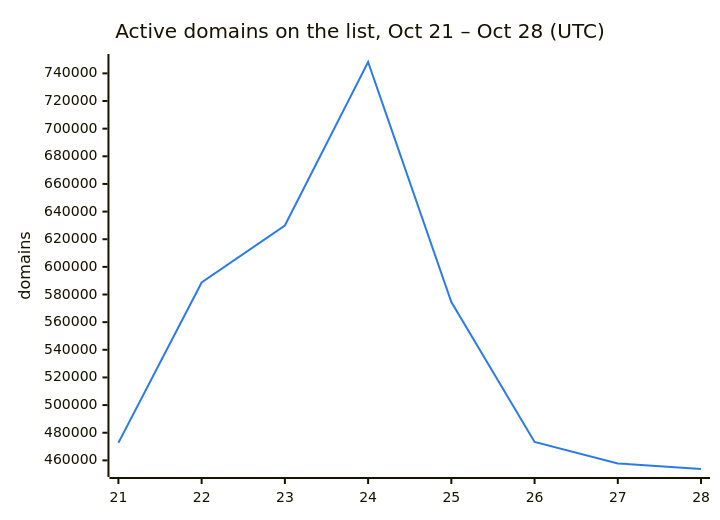
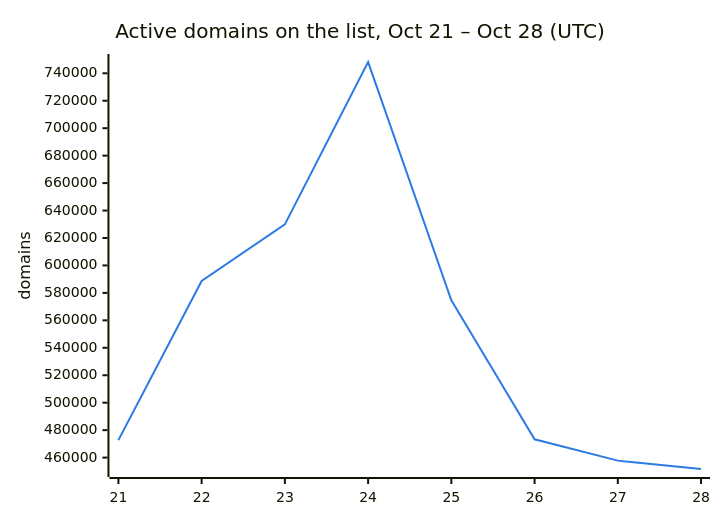
The second of 3 diagrams in README.md (DNSBunker/CTI), drawn with Mermaid before and after one commit. The commit also changed other lines of this file and 3 other files, not shown here.

````diff
--- a/README.md
+++ b/README.md
@@ -38,8 +38,8 @@
 ```mermaid
 %%{init: {"themeVariables": {"xyChart": {"plotColorPalette": "#2c7be5"}}}}%%
 xychart-beta
     title "Active domains on the list, Oct 21 – Oct 28 (UTC)"
     x-axis ["21", "22", "23", "24", "25", "26", "27", "28"]
     y-axis "domains"
-    line [472713, 588659, 629951, 748222, 574614, 473331, 457795, 453760]
+    line [472713, 588659, 629951, 748222, 574614, 473331, 457795, 451692]
 ```
````
